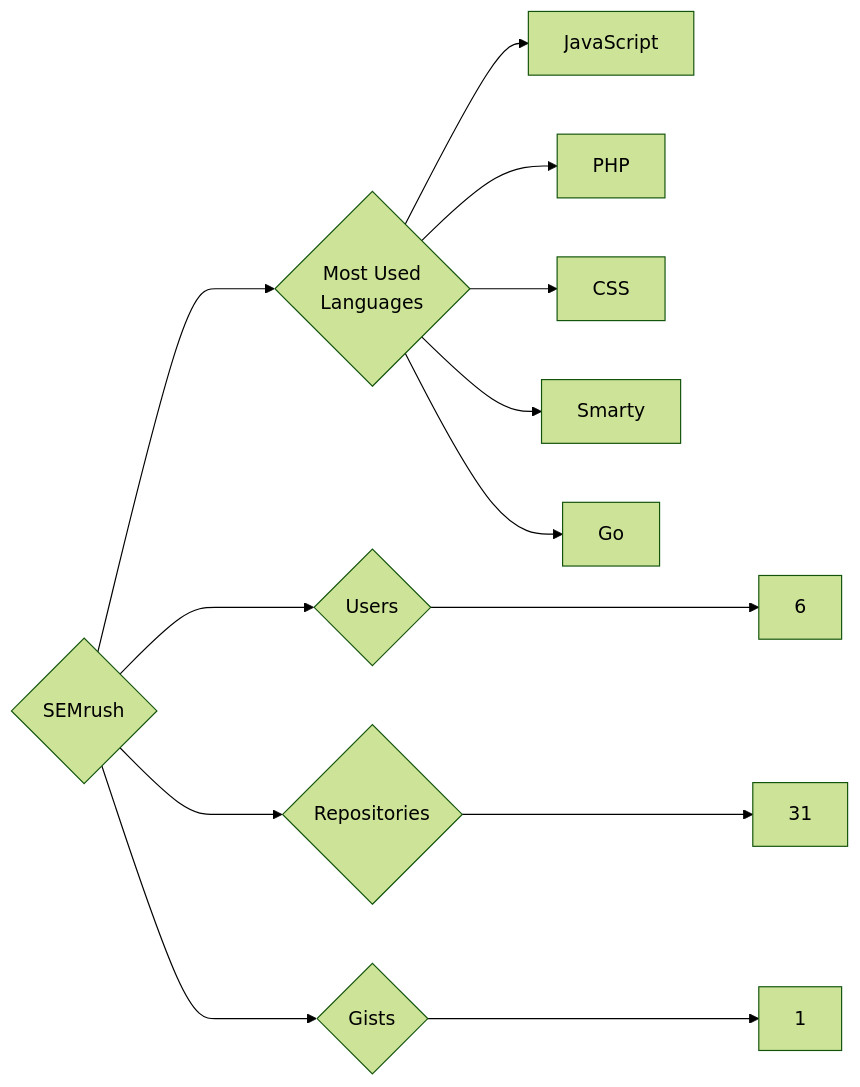
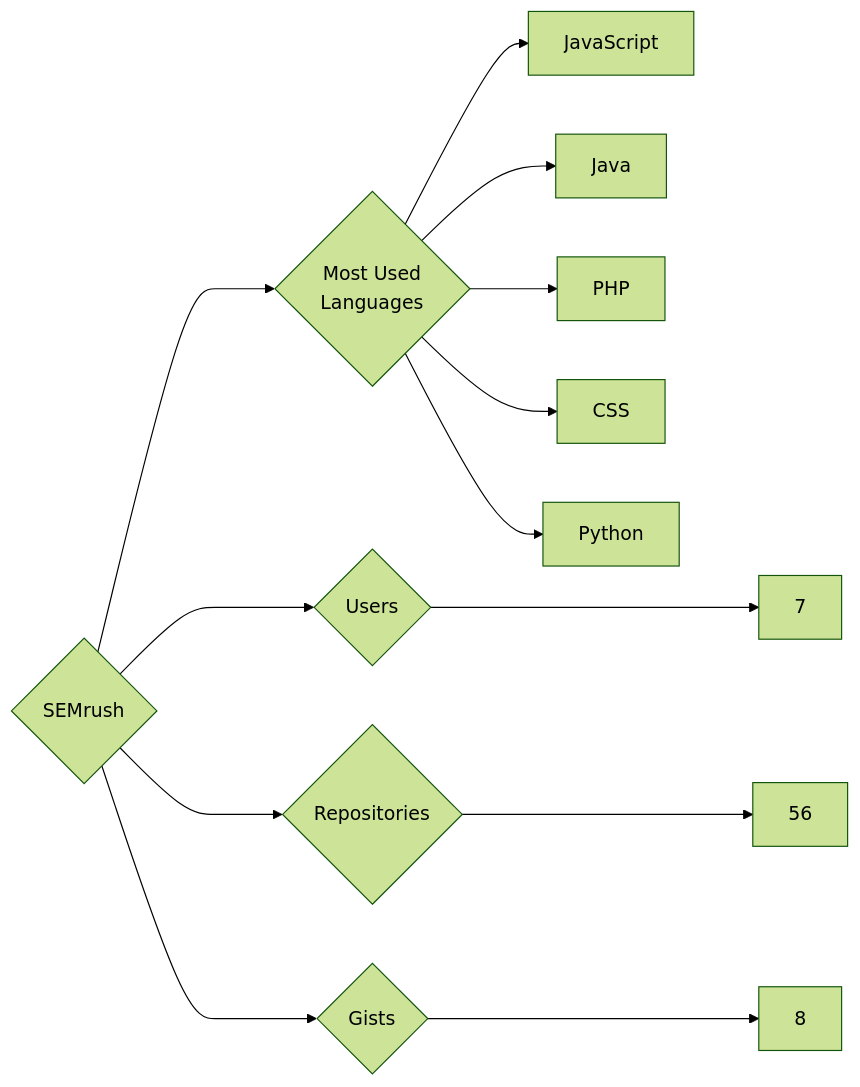
The diagram in targets/SEMrush/README.md (trickest/insiders), drawn with Mermaid (forest theme) before and after one commit. The commit also changed 851 other files, not shown here.

````diff
--- a/targets/SEMrush/README.md
+++ b/targets/SEMrush/README.md
@@ -3,13 +3,13 @@
 ```mermaid
 graph LR
 COMPANY_NAME{SEMrush}
-COMPANY_NAME ---> U{Users} ---> UN[6]
-COMPANY_NAME ---> R{Repositories} ---> RN[31]
-COMPANY_NAME ---> G{Gists} ---> GN[1]
+COMPANY_NAME ---> U{Users} ---> UN[7]
+COMPANY_NAME ---> R{Repositories} ---> RN[56]
+COMPANY_NAME ---> G{Gists} ---> GN[8]
 COMPANY_NAME ---> ML{Most Used<br>Languages}
 ML --> JavaScript[JavaScript]
+ML --> Java[Java]
 ML --> PHP[PHP]
 ML --> CSS[CSS]
-ML --> Smarty[Smarty]
-ML --> Go[Go]
+ML --> Python[Python]
 ```
````
